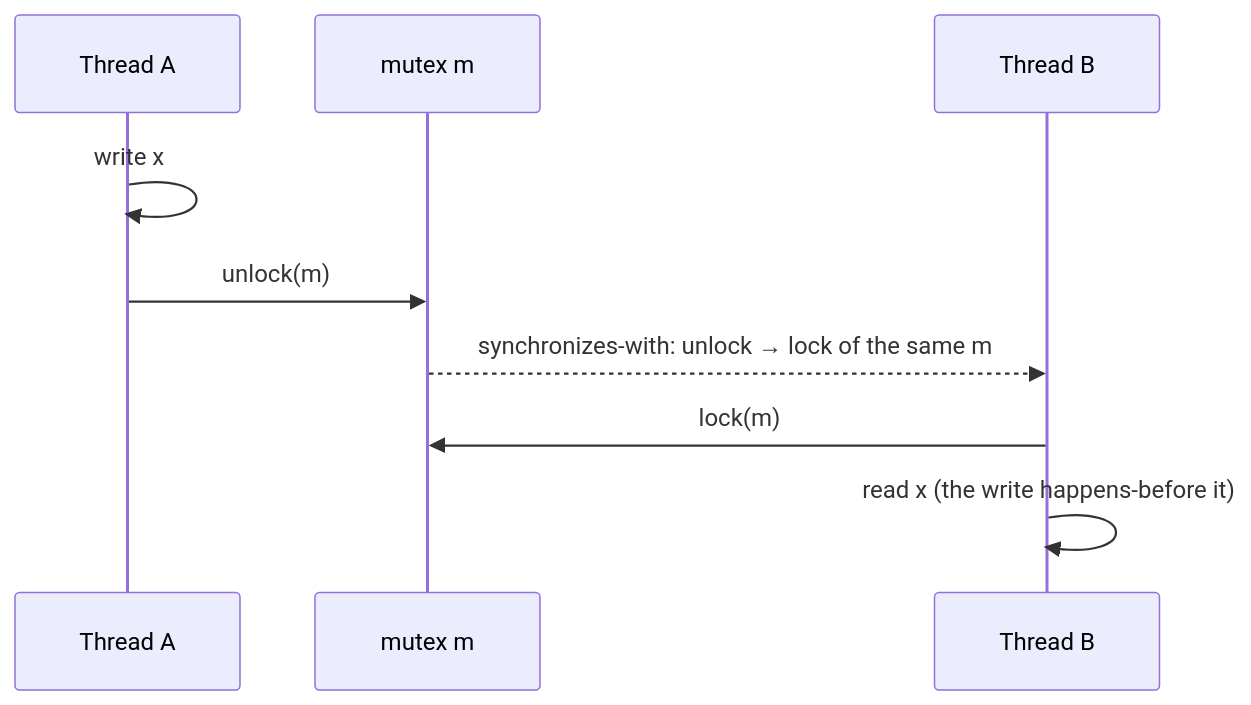
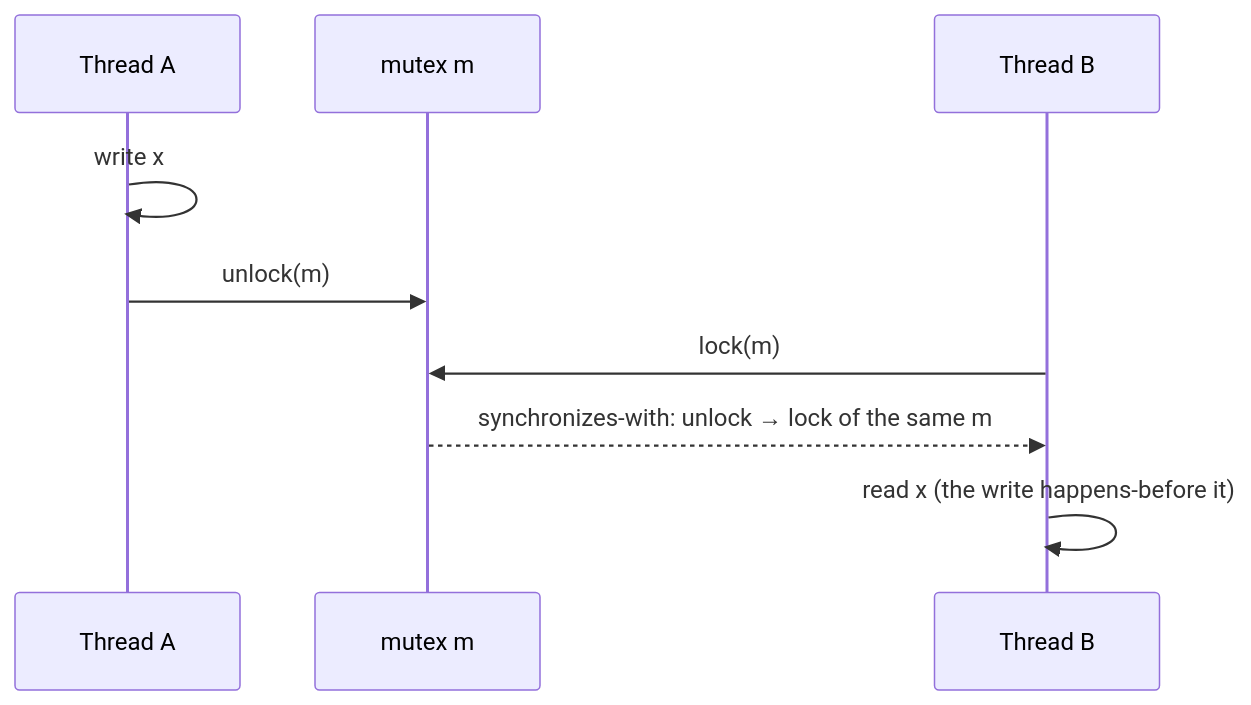
One commit to divakaran-arrcus/guides changed the diagram in diagrams/memory-debugging/happens-before.mmd. Above: the diagram before and after it, drawn with Mermaid. The commit also changed other lines of this file and 2 other files, not shown here.

First line of the commit message:
fix(memdbg): pipeline diagram leak-gate stage; stable PID callouts

```diff
--- a/diagrams/memory-debugging/happens-before.mmd
+++ b/diagrams/memory-debugging/happens-before.mmd
@@ -1,9 +1,9 @@
 sequenceDiagram
   participant A as Thread A
   participant M as mutex m
   participant B as Thread B
   A->>A: write x
   A->>M: unlock(m)
+  B->>M: lock(m)
   M-->>B: synchronizes-with: unlock → lock of the same m
-  B->>M: lock(m)
   B->>B: read x (the write happens-before it)
```
